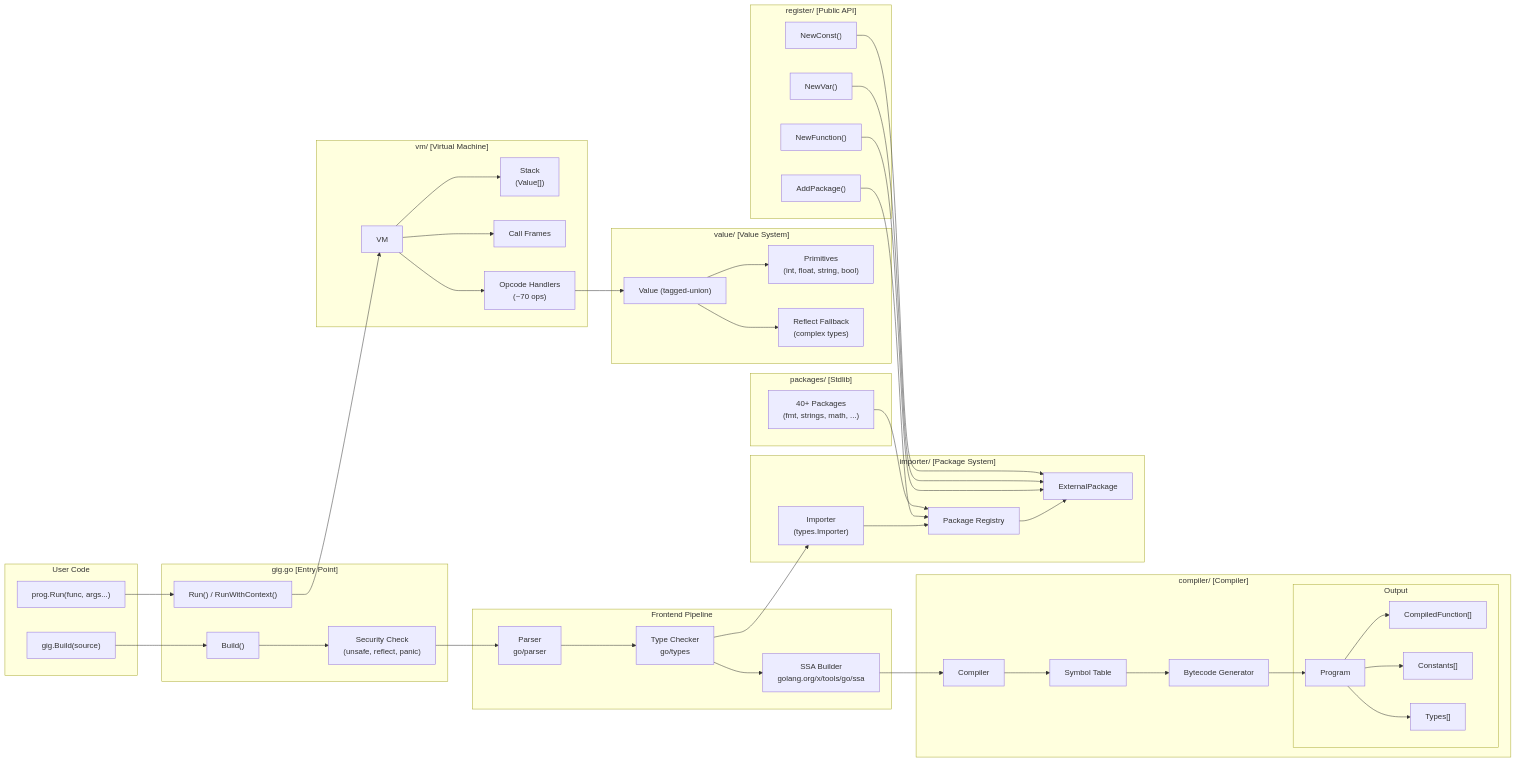
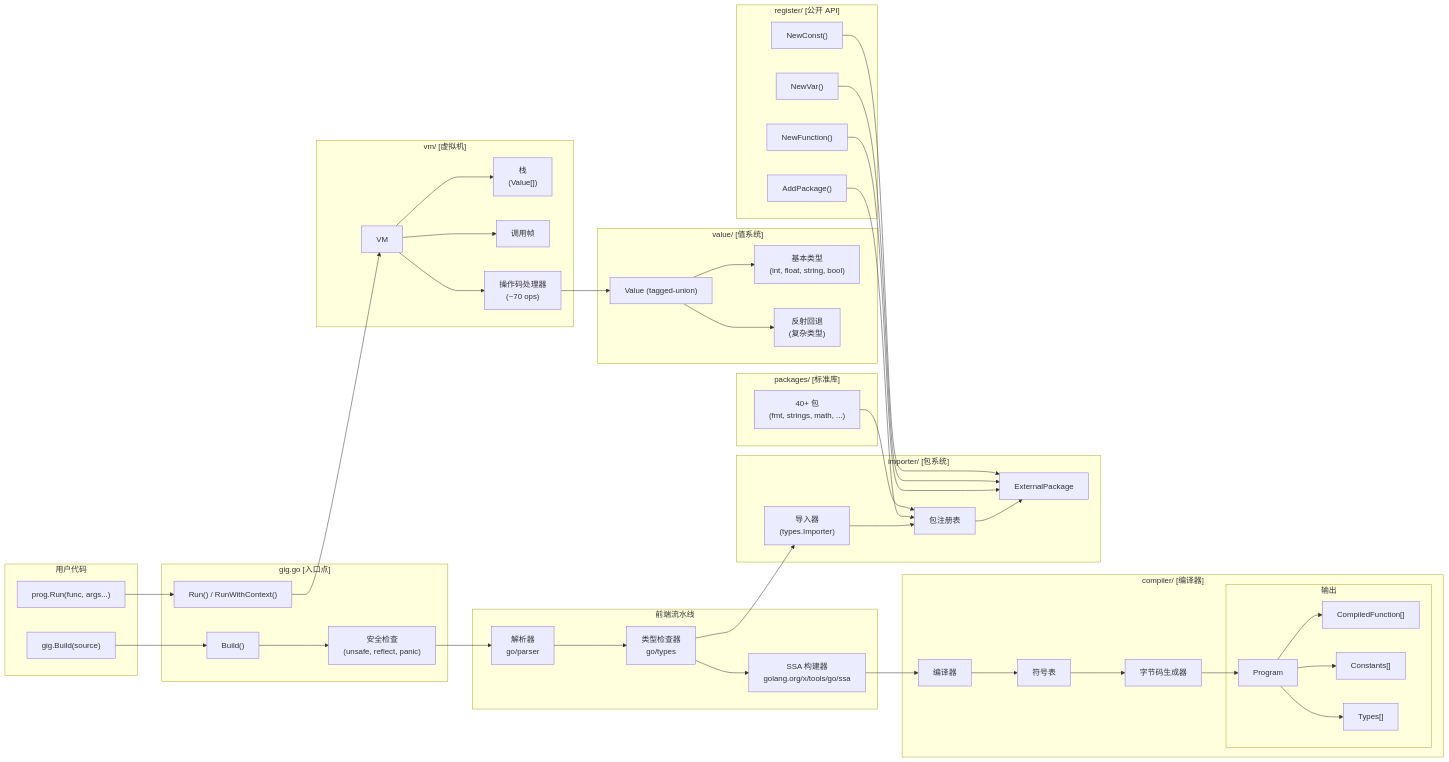
Before and after one commit to t04dJ14n9/gig: the second of 7 diagrams in README.md, drawn with Mermaid. The commit also changed other lines of this file and 130 other files, not shown here.

````diff
--- a/README.md
+++ b/README.md
@@ -373,27 +373,27 @@
 ```mermaid
 flowchart LR
-    subgraph "User Code"
+    subgraph "用户代码"
         UC["gig.Build(source)"]
         UR["prog.Run(func, args...)"]
     end
     
-    subgraph "gig.go [Entry Point]"
+    subgraph "gig.go [入口点]"
         BUILD["Build()"]
-        SECURITY["Security Check<br/>(unsafe, reflect, panic)"]
+        SECURITY["安全检查<br/>(unsafe, reflect, panic)"]
         RUN["Run() / RunWithContext()"]
     end
     
-    subgraph "Frontend Pipeline"
-        PARSE["Parser<br/>go/parser"]
-        TC["Type Checker<br/>go/types"]
-        SSABUILD["SSA Builder<br/>golang.org/x/tools/go/ssa"]
+    subgraph "前端流水线"
+        PARSE["解析器<br/>go/parser"]
+        TC["类型检查器<br/>go/types"]
+        SSABUILD["SSA 构建器<br/>golang.org/x/tools/go/ssa"]
     end
     
-    subgraph "compiler/ [Compiler]"
-        COMPILER["Compiler"]
-        SYMTAP["Symbol Table"]
-        BYTECODE["Bytecode Generator"]
-        subgraph "Output"
+    subgraph "compiler/ [编译器]"
+        COMPILER["编译器"]
+        SYMTAP["符号表"]
+        BYTECODE["字节码生成器"]
+        subgraph "输出"
             PROG["Program"]
             CFUNC["CompiledFunction[]"]
             CCONST["Constants[]"]
@@ -401,34 +401,34 @@
         end
     end
     
-    subgraph "vm/ [Virtual Machine]"
+    subgraph "vm/ [虚拟机]"
         VM["VM"]
-        STACK["Stack<br/>(Value[])"]
-        FRAMES["Call Frames"]
-        OPS["Opcode Handlers<br/>(~70 ops)"]
+        STACK["栈<br/>(Value[])"]
+        FRAMES["调用帧"]
+        OPS["操作码处理器<br/>(~70 ops)"]
     end
     
-    subgraph "value/ [Value System]"
+    subgraph "value/ [值系统]"
         VAL["Value (tagged-union)"]
-        PRIM["Primitives<br/>(int, float, string, bool)"]
-        REF["Reflect Fallback<br/>(complex types)"]
+        PRIM["基本类型<br/>(int, float, string, bool)"]
+        REF["反射回退<br/>(复杂类型)"]
     end
     
-    subgraph "importer/ [Package System]"
-        IMP["Importer<br/>(types.Importer)"]
-        REG["Package Registry"]
+    subgraph "importer/ [包系统]"
+        IMP["导入器<br/>(types.Importer)"]
+        REG["包注册表"]
         EXTTYPE["ExternalPackage"]
     end
     
-    subgraph "register/ [Public API]"
+    subgraph "register/ [公开 API]"
         REGAPI["AddPackage()"]
         REGFUNC["NewFunction()"]
         REGVAR["NewVar()"]
         REGCONST["NewConst()"]
     end
     
-    subgraph "packages/ [Stdlib]"
-        STDLIB["40+ Packages<br/>(fmt, strings, math, ...)"]
+    subgraph "packages/ [标准库]"
+        STDLIB["40+ 包<br/>(fmt, strings, math, ...)"]
     end
     
     UC --> BUILD
````
